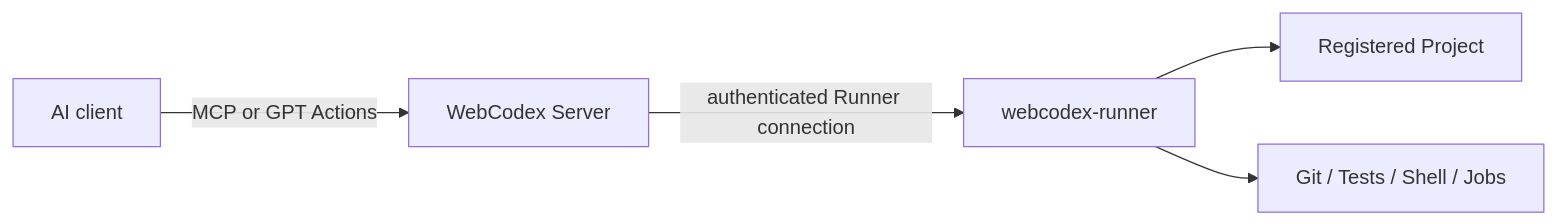
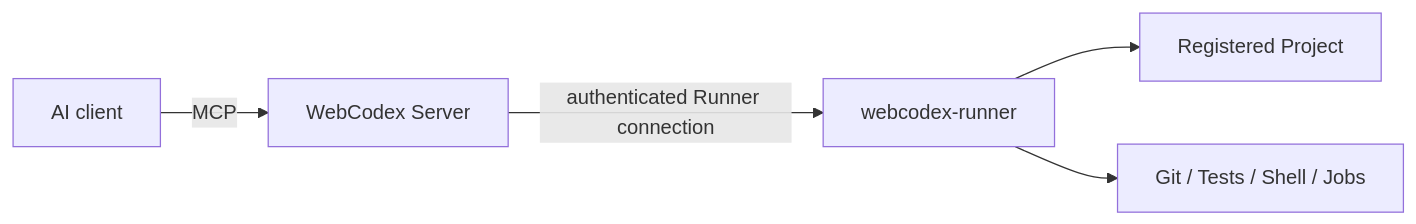
The first of 2 diagrams in docs/ARCHITECTURE.md (yyjeqhc/webcodex), drawn with Mermaid before and after one commit. The commit also changed other lines of this file and 122 other files, not shown here.

Commit message:
refactor!: remove GPT Actions adapter and compatibility feature

````diff
--- a/docs/ARCHITECTURE.md
+++ b/docs/ARCHITECTURE.md
@@ -14,7 +14,7 @@
 ```mermaid
 flowchart LR
-  C[AI client] -->|MCP or GPT Actions| S[WebCodex Server]
+  C[AI client] -->|MCP| S[WebCodex Server]
   S -->|authenticated Runner connection| R[webcodex-runner]
   R --> P[Registered Project]
   R --> G[Git / Tests / Shell / Jobs]
 ```
````
